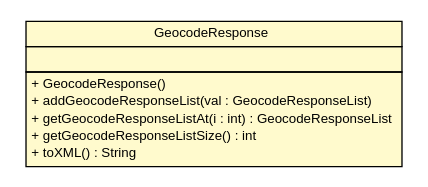
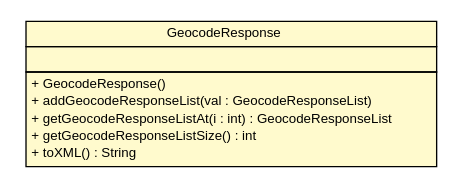
The diagram in apidocs/nl/geozet/openls/databinding/openls/GeocodeResponse.dot (geozet/openls-databinding), drawn with Graphviz before and after one commit. The commit also changed 307 other files, not shown here.

```diff
--- a/apidocs/nl/geozet/openls/databinding/openls/GeocodeResponse.dot
+++ b/apidocs/nl/geozet/openls/databinding/openls/GeocodeResponse.dot
@@ -1,28 +1,28 @@
 #!/usr/local/bin/dot
 #
 # Class diagram 
 # Generated by UMLGraph version R5_6-24-gf6e263 (http://www.umlgraph.org/)
 #
 
 digraph G {
-	edge [fontname="arial",fontsize=10,labelfontname="arial",labelfontsize=10];
-	node [fontname="arial",fontsize=10,shape=plaintext];
+	edge [fontname="Helvetica",fontsize=10,labelfontname="Helvetica",labelfontsize=10];
+	node [fontname="Helvetica",fontsize=10,shape=plaintext];
 	nodesep=0.25;
 	ranksep=0.5;
 	// nl.geozet.openls.databinding.openls.GeocodeResponse
-	c171 [label=<<table title="nl.geozet.openls.databinding.openls.GeocodeResponse" border="0" cellborder="1" cellspacing="0" cellpadding="2" port="p" bgcolor="lemonChiffon" href="./GeocodeResponse.html">
+	c173 [label=<<table title="nl.geozet.openls.databinding.openls.GeocodeResponse" border="0" cellborder="1" cellspacing="0" cellpadding="2" port="p" bgcolor="lemonChiffon" href="./GeocodeResponse.html">
 		<tr><td><table border="0" cellspacing="0" cellpadding="1">
 <tr><td align="center" balign="center"> GeocodeResponse </td></tr>
 		</table></td></tr>
 		<tr><td><table border="0" cellspacing="0" cellpadding="1">
 <tr><td align="left" balign="left">  </td></tr>
 		</table></td></tr>
 		<tr><td><table border="0" cellspacing="0" cellpadding="1">
 <tr><td align="left" balign="left"> + GeocodeResponse() </td></tr>
 <tr><td align="left" balign="left"> + addGeocodeResponseList(val : GeocodeResponseList) </td></tr>
 <tr><td align="left" balign="left"> + getGeocodeResponseListAt(i : int) : GeocodeResponseList </td></tr>
 <tr><td align="left" balign="left"> + getGeocodeResponseListSize() : int </td></tr>
 <tr><td align="left" balign="left"> + toXML() : String </td></tr>
 		</table></td></tr>
-		</table>>, URL="./GeocodeResponse.html", fontname="arial", fontcolor="black", fontsize=10.0];
+		</table>>, URL="./GeocodeResponse.html", fontname="Helvetica", fontcolor="black", fontsize=10.0];
 }
```
